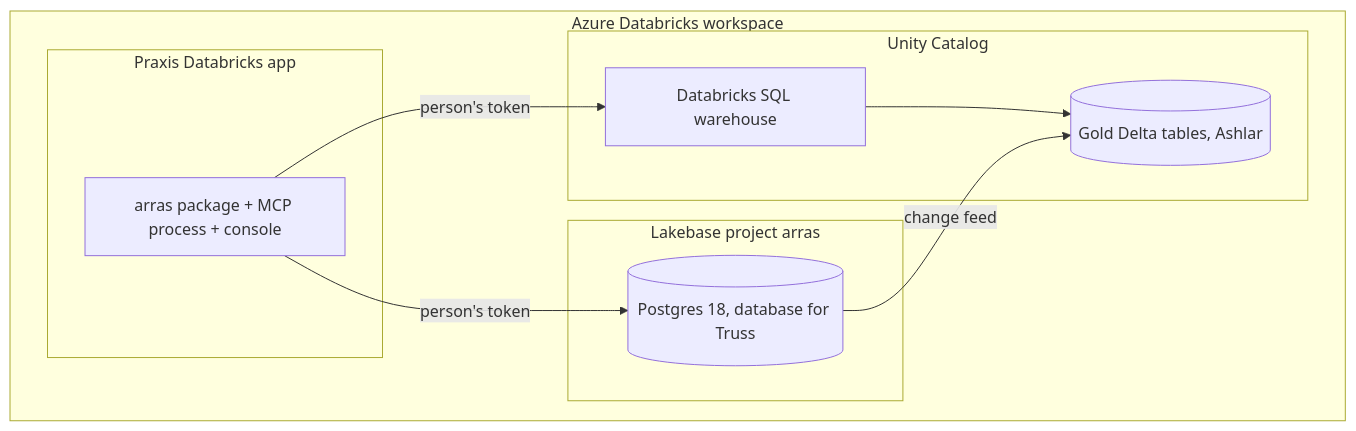
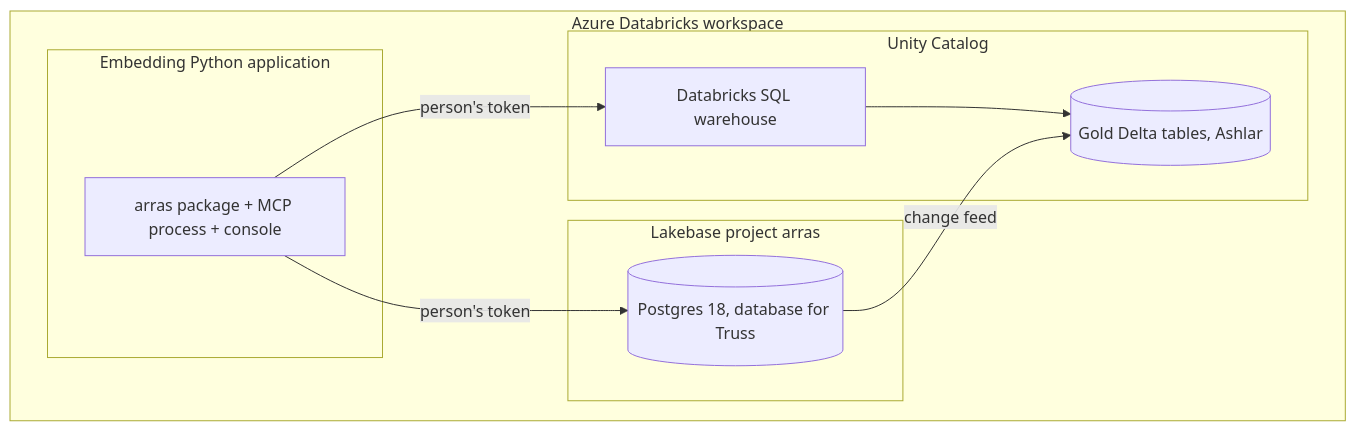
Before and after one commit to DocumentDrivenDX/arras: the third of 5 diagrams in docs/helix/02-design/architecture.md, drawn with Mermaid. The commit also changed other lines of this file and 305 other files, not shown here.

````diff
--- a/docs/helix/02-design/architecture.md
+++ b/docs/helix/02-design/architecture.md
@@ -231,19 +277,19 @@
 ```mermaid
 graph TB
     subgraph azure["Azure Databricks workspace"]
-        subgraph app["Praxis Databricks app"]
+        subgraph app["Embedding Python application"]
             h["arras package + MCP process + console"]
         end
         subgraph lb["Lakebase project arras"]
             pg[("Postgres 18, database for Truss")]
         end
         subgraph uc["Unity Catalog"]
             delta[("Gold Delta tables, Ashlar")]
             wh["Databricks SQL warehouse"]
         end
     end
     h -->|"person's token"| pg
     h -->|"person's token"| wh
     wh --> delta
     pg -->|"change feed"| delta
 ```
````
